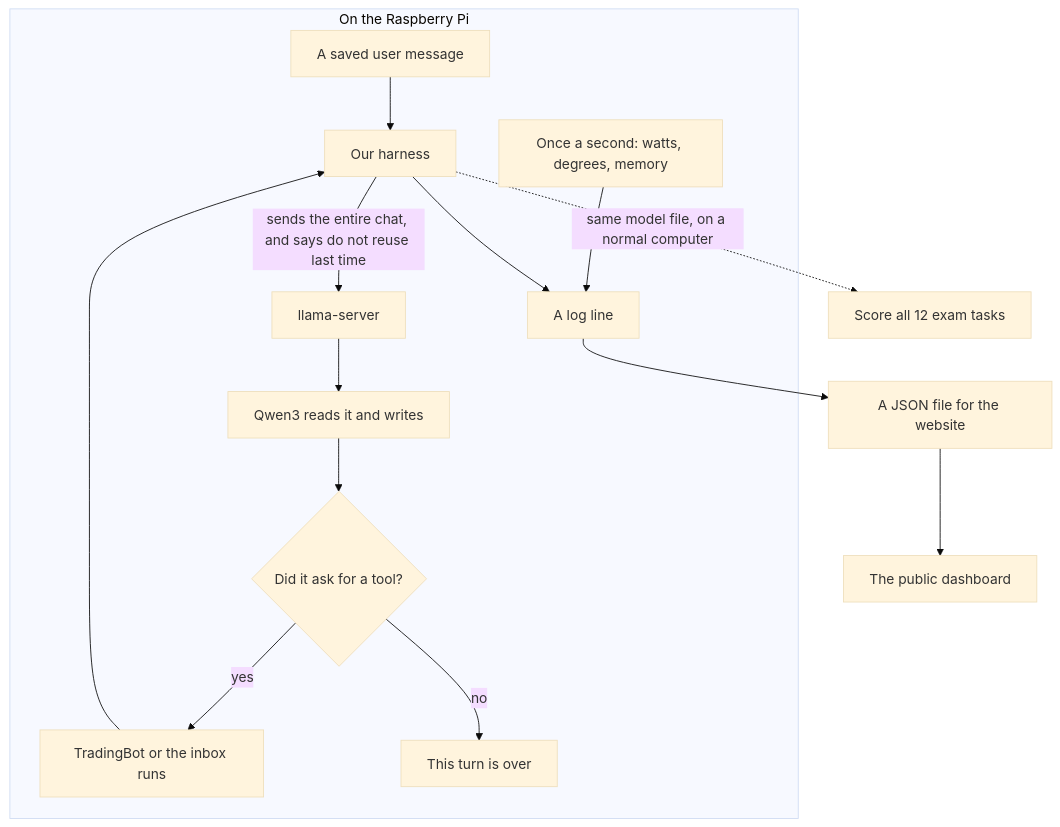
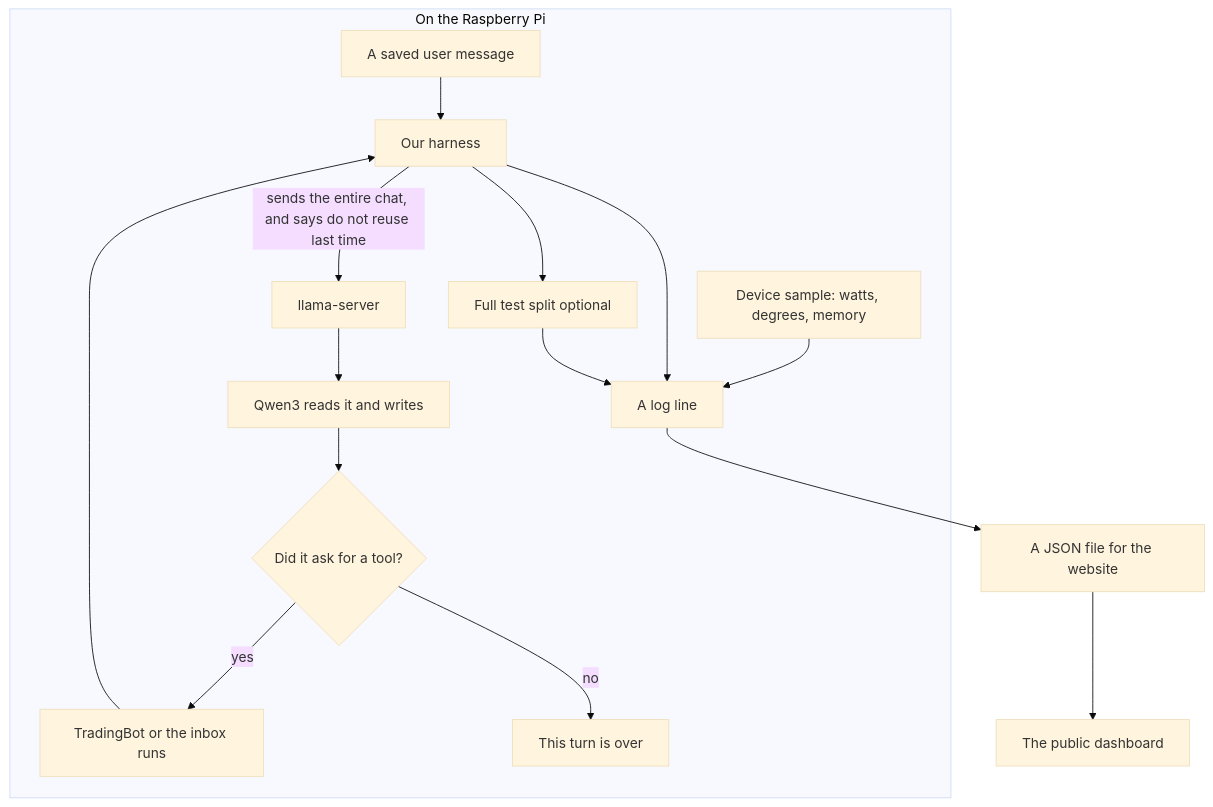
The fourth of 6 diagrams in docs/Presentation.md (WajahatRiaz/g7a1-ai-edge-devices-project), drawn with Mermaid (base theme) before and after one commit. The commit also changed other lines of this file and 11 other files, not shown here.

````diff
--- a/docs/Presentation.md
+++ b/docs/Presentation.md
@@ -279,17 +278,18 @@
 ```mermaid
 flowchart TB
   subgraph pi [On the Raspberry Pi]
     U[A saved user message] --> H[Our harness]
     H -->|sends the entire chat, and says do not reuse last time| S[llama-server]
     S --> M[Qwen3 reads it and writes]
     M --> C{Did it ask for a tool?}
     C -->|yes| B[TradingBot or the inbox runs]
     B --> H
     C -->|no| E[This turn is over]
-    V[Once a second: watts, degrees, memory] --> J[A log line]
+    V[Device sample: watts, degrees, memory] --> J[A log line]
     H --> J
+    H --> T[Full test split optional]
+    T --> J
   end
   J --> D[A JSON file for the website]
   D --> P[The public dashboard]
-  H -.->|same model file, on a normal computer| A[Score all 12 exam tasks]
 ```
````
